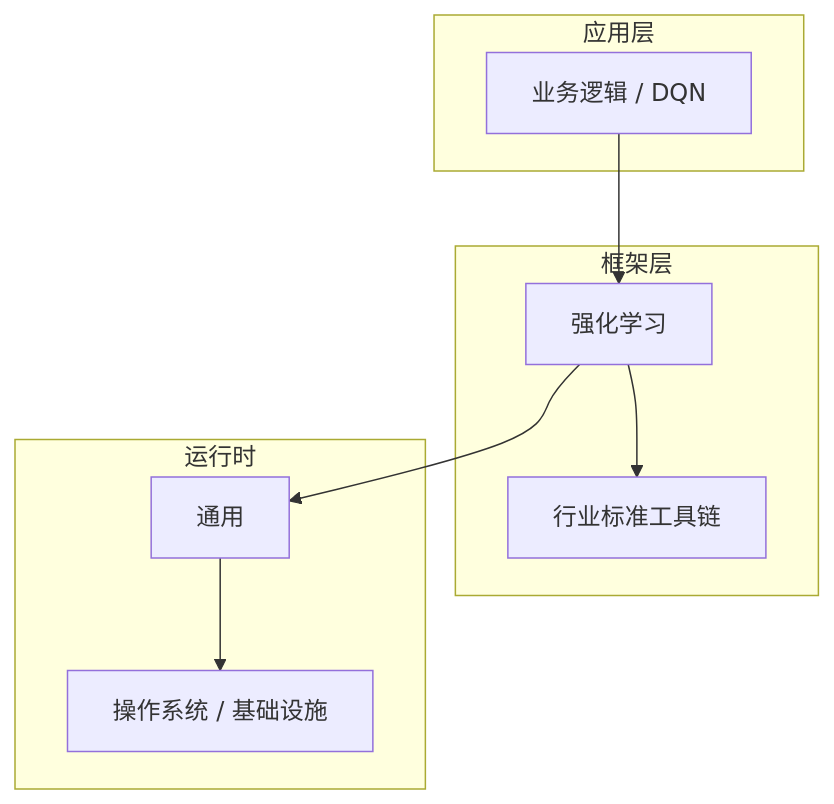
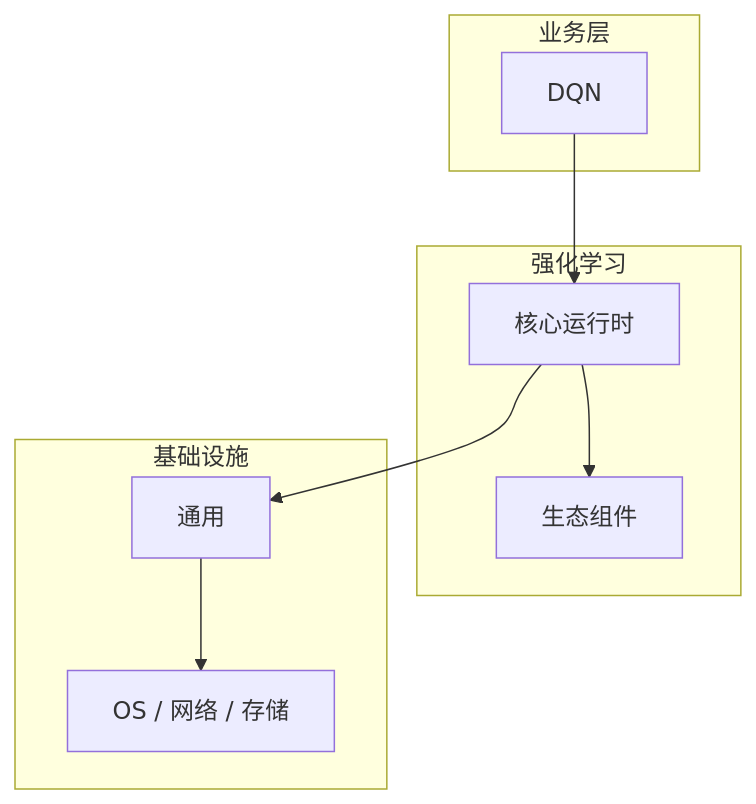
One commit to yanggan2015/knowledge-json-v2 changed the diagram in articles/强化学习/chapters/031-DQN核心概念与原理.md. Above: the diagram before and after it, drawn with Mermaid. The commit also changed other lines of this file and 10127 other files, not shown here.

````diff
--- a/articles/强化学习/chapters/031-DQN核心概念与原理.md
+++ b/articles/强化学习/chapters/031-DQN核心概念与原理.md
@@ -45,18 +30,18 @@
 ```mermaid
 graph TB
-    subgraph 应用层
-        A[业务逻辑 / DQN]
+    subgraph 业务层
+        A[DQN]
     end
-    subgraph 框架层
-        B[强化学习]
-        C[行业标准工具链]
+    subgraph 强化学习
+        B[核心运行时]
+        C[生态组件]
     end
-    subgraph 运行时
+    subgraph 基础设施
         D[通用]
-        E[操作系统 / 基础设施]
+        E[OS / 网络 / 存储]
     end
     A --> B
     B --> C
     B --> D
     D --> E
 ```
````
